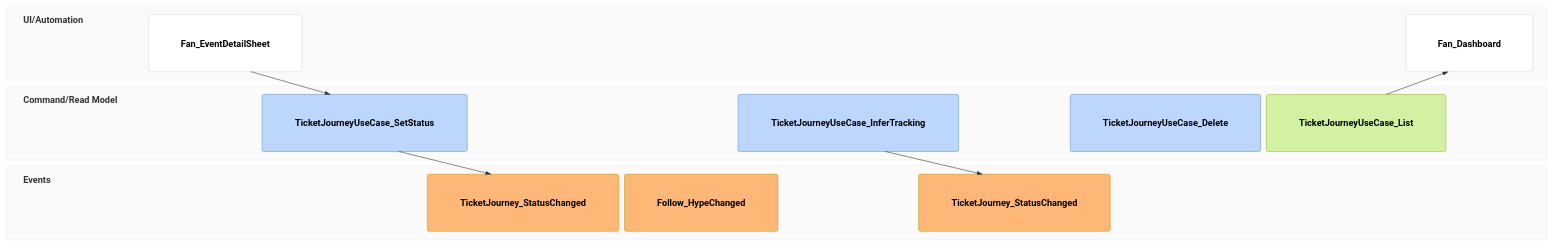
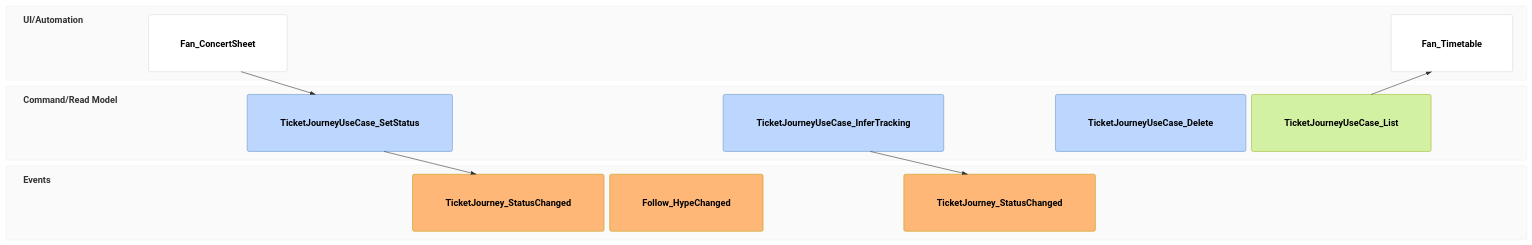
Before and after one commit to liverty-music/specification: the diagram in openspec/specs/stories/track-ticket-journey/spec.md, drawn with Mermaid. The commit also changed other lines of this file and 61 other files, not shown here.

````diff
--- a/openspec/specs/stories/track-ticket-journey/spec.md
+++ b/openspec/specs/stories/track-ticket-journey/spec.md
@@ -7,12 +7,12 @@
 ```mermaid
 eventmodeling
-tf 01 ui Fan_EventDetailSheet
+tf 01 ui Fan_ConcertSheet
 tf 02 cmd TicketJourneyUseCase_SetStatus
 tf 03 evt TicketJourney_StatusChanged
 rf 04 evt Follow_HypeChanged ->> 02
 rf 05 cmd TicketJourneyUseCase_InferTracking ->> 01
 tf 06 evt TicketJourney_StatusChanged
 rf 07 cmd TicketJourneyUseCase_Delete ->> 01
 rf 08 rmo TicketJourneyUseCase_List ->> 03 ->> 06
-tf 09 ui Fan_Dashboard
+tf 09 ui Fan_Timetable
 ```
````
